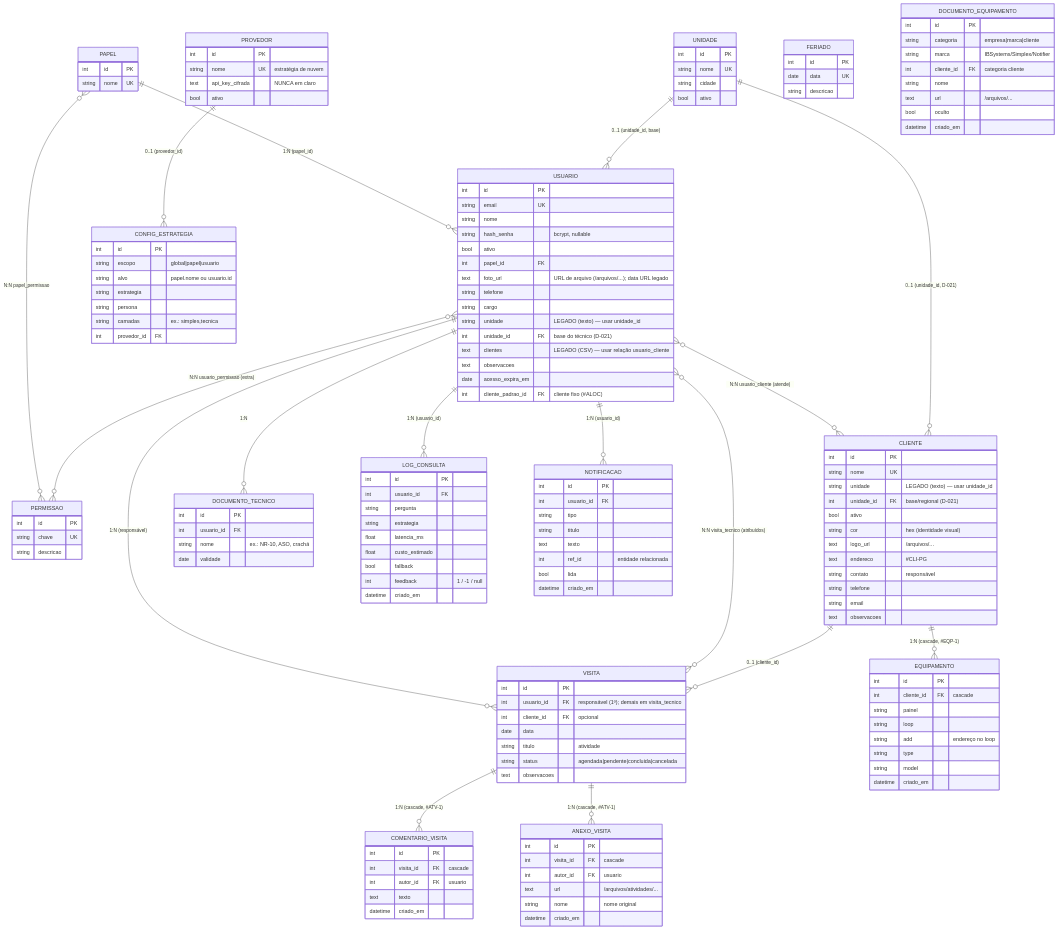
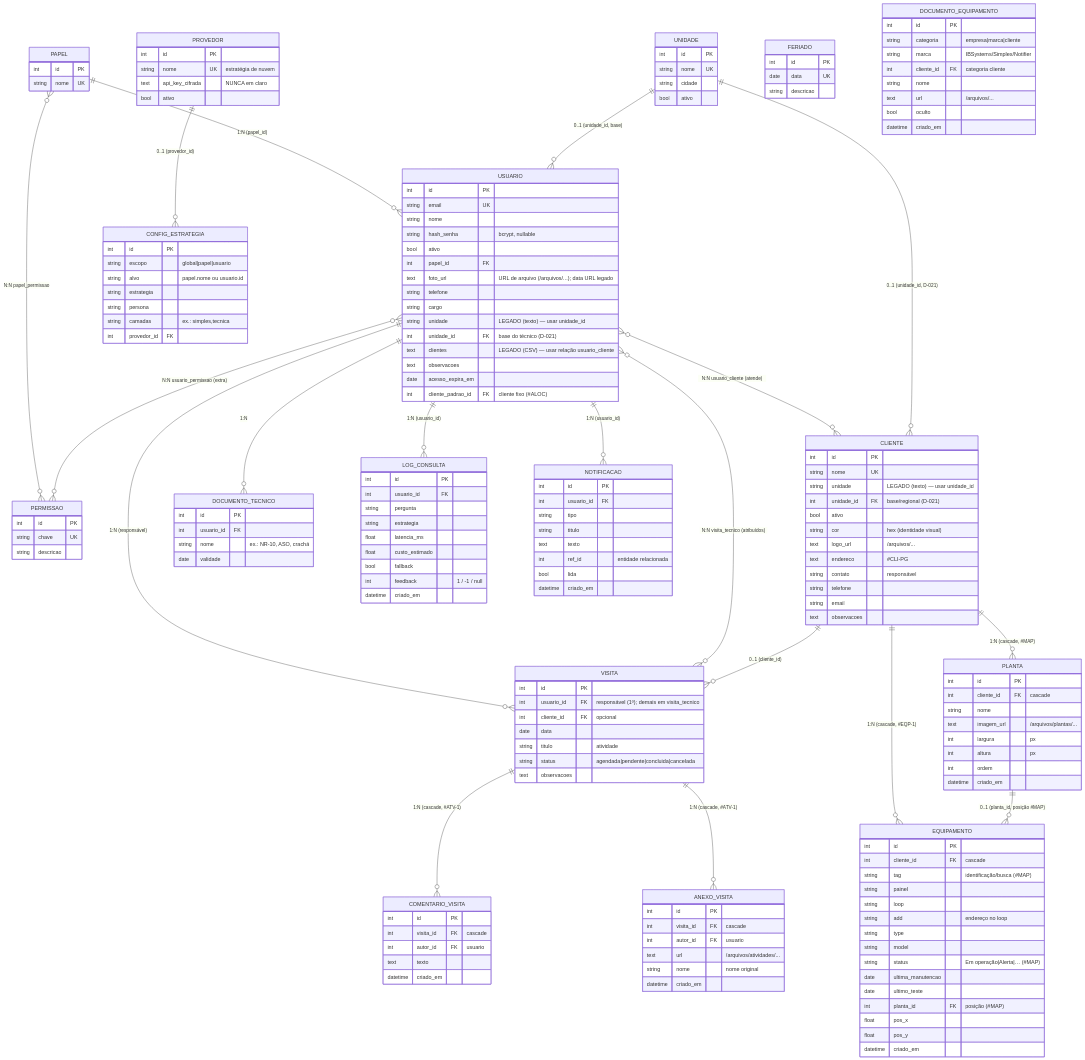
The diagram in docs/MODELO_DADOS.md (caiquemiranda/RAG-Simplex), drawn with Mermaid before and after one commit. The commit also changed other lines of this file and 18 other files, not shown here.

First line of the commit message:
feat(#MAP-1): backend do Buscar equipamento — plantas (PDF->PNG), posicao, manutencao (D-023)

```diff
--- a/docs/MODELO_DADOS.md
+++ b/docs/MODELO_DADOS.md
@@ -21,6 +21,8 @@
   VISITA ||--o{ COMENTARIO_VISITA : "1:N (cascade, #ATV-1)"
   VISITA ||--o{ ANEXO_VISITA : "1:N (cascade, #ATV-1)"
   CLIENTE ||--o{ EQUIPAMENTO : "1:N (cascade, #EQP-1)"
+  CLIENTE ||--o{ PLANTA : "1:N (cascade, #MAP)"
+  PLANTA ||--o{ EQUIPAMENTO : "0..1 (planta_id, posição #MAP)"
   UNIDADE ||--o{ CLIENTE : "0..1 (unidade_id, D-021)"
   UNIDADE ||--o{ USUARIO : "0..1 (unidade_id, base)"
   USUARIO ||--o{ NOTIFICACAO : "1:N (usuario_id)"
@@ -84,11 +86,28 @@
   EQUIPAMENTO {
     int id PK
     int cliente_id FK "cascade"
+    string tag "identificação/busca (#MAP)"
     string painel
     string loop
     string add "endereço no loop"
     string type
     string model
+    string status "Em operação|Alerta|… (#MAP)"
+    date ultima_manutencao
+    date ultimo_teste
+    int planta_id FK "posição (#MAP)"
+    float pos_x
+    float pos_y
+    datetime criado_em
+  }
+  PLANTA {
+    int id PK
+    int cliente_id FK "cascade"
+    string nome
+    text imagem_url "/arquivos/plantas/..."
+    int largura "px"
+    int altura "px"
+    int ordem
     datetime criado_em
   }
   COMENTARIO_VISITA {
```
